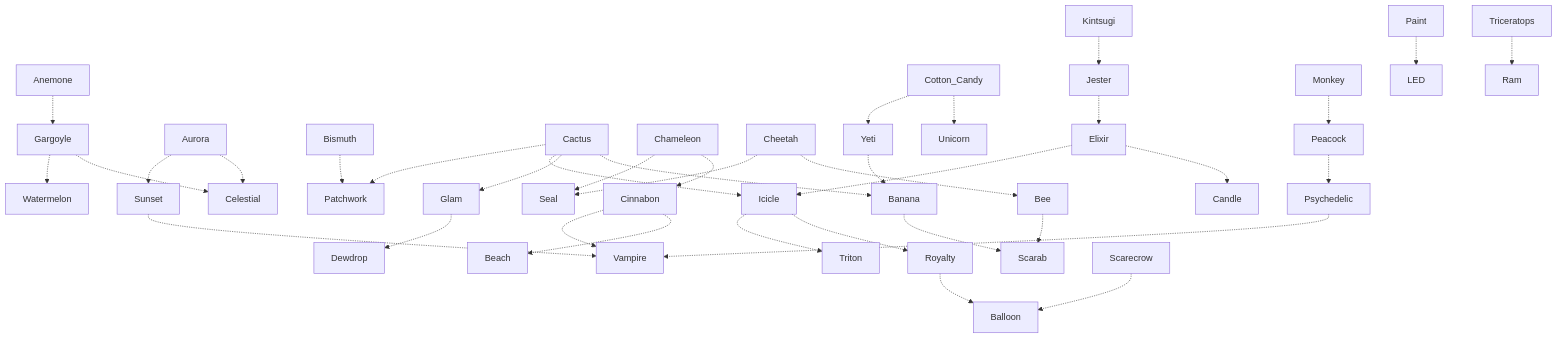
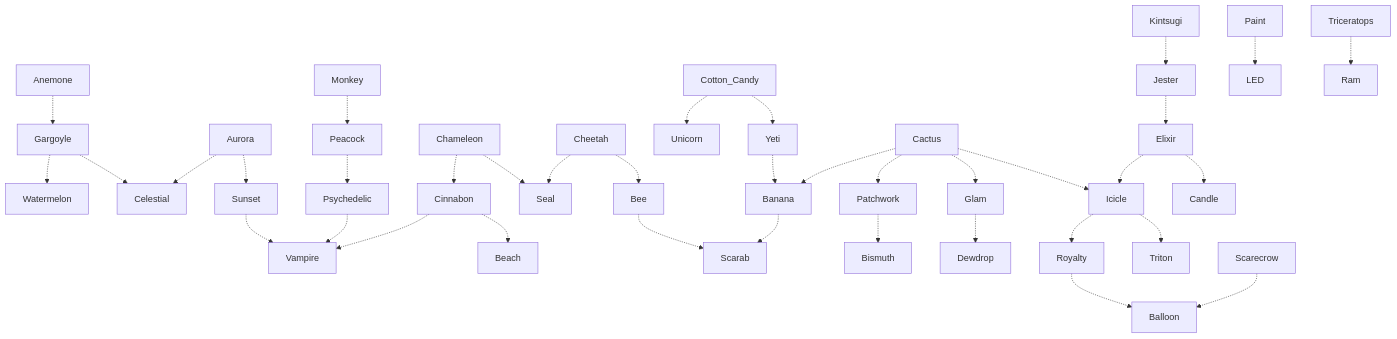
One commit to g1ddy/PeridotArchetypeFinder changed the diagram in Peridot-ArchetypeTree.md. Above: the diagram before and after it, drawn with Mermaid.

Commit message:
untangle tree

````diff
--- a/Peridot-ArchetypeTree.md
+++ b/Peridot-ArchetypeTree.md
@@ -3,40 +3,49 @@
 ```mermaid
 flowchart
 
 Anemone -.-> Gargoyle
+Gargoyle -.-> Watermelon
+Gargoyle -.-> Celestial
+
 Aurora -.-> Celestial
 Aurora -.-> Sunset
-Banana -.-> Scarab
-Bee -.-> Scarab
-Bismuth -.-> Patchwork
-Cactus -.-> Banana
-Cactus -.-> Glam
-Cactus -.-> Icicle
-Cactus -.-> Patchwork
+Sunset -.-> Vampire
+
+Monkey -.-> Peacock
+Peacock -.-> Psychedelic
+Psychedelic -.-> Vampire
+
+Cinnabon -.-> Vampire
+Cinnabon -.-> Beach
 Chameleon -.-> Cinnabon
 Chameleon -.-> Seal
+
+Cheetah -.-> Seal
 Cheetah -.-> Bee
-Cheetah -.-> Seal
-Cinnabon -.-> Beach
-Cinnabon -.-> Vampire
+Bee -.-> Scarab
+
+Banana -.-> Scarab
 Cotton_Candy -.-> Unicorn
 Cotton_Candy -.-> Yeti
-Elixir -.-> Candle
+Yeti -.-> Banana
+
+Cactus -.-> Banana
+Cactus -.-> Patchwork
+Patchwork -.-> Bismuth
+Cactus -.-> Glam
+Glam -.-> Dewdrop
+Cactus -.-> Icicle
+
 Elixir -.-> Icicle
-Gargoyle -.-> Celestial
-Gargoyle -.-> Watermelon
-Glam -.-> Dewdrop
 Icicle -.-> Royalty
 Icicle -.-> Triton
+Elixir -.-> Candle
 Jester -.-> Elixir
+
 Kintsugi -.-> Jester
-Monkey -.-> Peacock
-Paint -.-> LED
-Peacock -.-> Psychedelic
-Psychedelic -.-> Vampire
 Royalty -.-> Balloon
 Scarecrow -.-> Balloon
-Sunset -.-> Vampire
+
+Paint -.-> LED
 Triceratops -.-> Ram
-Yeti -.-> Banana
 ```
````
